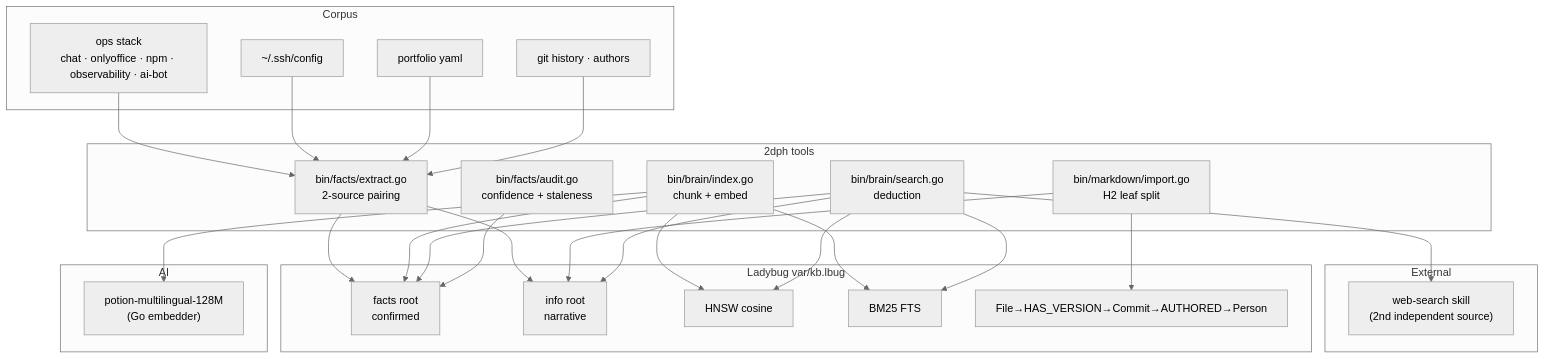
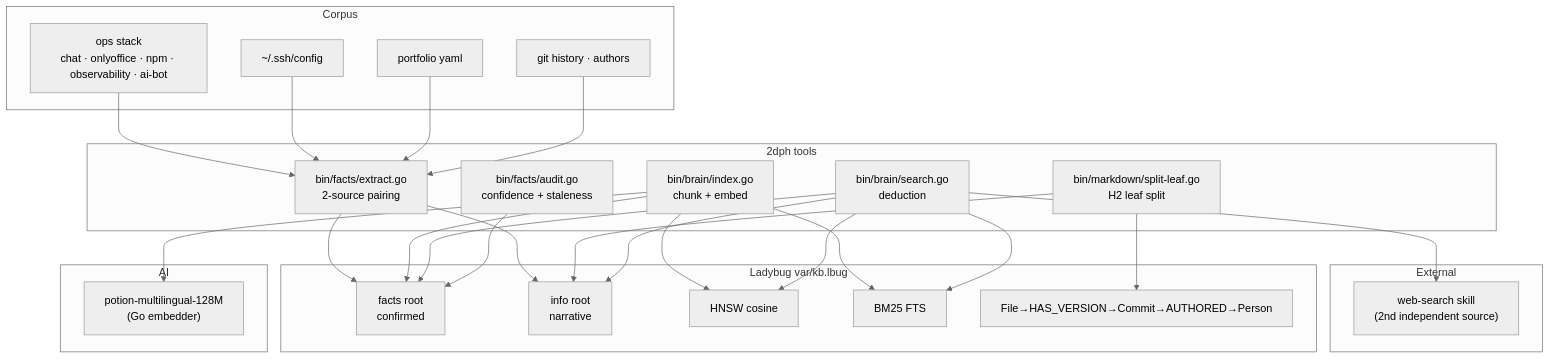
Before and after one commit to eSlider/2dph: the diagram in README.md, drawn with Mermaid (neutral theme). The commit also changed other lines of this file and 82 other files, not shown here.

````diff
--- a/README.md
+++ b/README.md
@@ -62,52 +62,52 @@
 ```mermaid
 graph TB
     subgraph corpus["Corpus"]
         OPS["ops stack<br/>chat · onlyoffice · npm · observability · ai-bot"]
         SSH["~/.ssh/config"]
         CV["portfolio yaml"]
         GH["git history · authors"]
     end
 
     subgraph dph["2dph tools"]
         EX["bin/facts/extract.go<br/>2-source pairing"]
         AU["bin/facts/audit.go<br/>confidence + staleness"]
         IDX["bin/brain/index.go<br/>chunk + embed"]
-        MD["bin/markdown/import.go<br/>H2 leaf split"]
+        MD["bin/markdown/split-leaf.go<br/>H2 leaf split"]
         SR["bin/brain/search.go<br/>deduction"]
     end
 
     subgraph store["Ladybug var/kb.lbug"]
         FACTS["facts root<br/>confirmed"]
         INFO["info root<br/>narrative"]
         VEC["HNSW cosine"]
         FTS["BM25 FTS"]
         GR["File→HAS_VERSION→Commit→AUTHORED→Person"]
     end
 
     subgraph ai["AI"]
         M2V["potion-multilingual-128M<br/>(Go embedder)"]
     end
 
     subgraph ext["External"]
         WS["web-search skill<br/>(2nd independent source)"]
     end
 
     OPS --> EX
     SSH --> EX
     CV --> EX
     GH --> EX
     EX --> FACTS
     EX --> INFO
     MD --> GR
     MD --> INFO
     IDX --> M2V
     IDX --> VEC
     IDX --> FTS
     IDX --> FACTS
     SR --> FACTS
     SR --> INFO
     SR --> VEC
     SR --> FTS
     SR --> WS
     AU --> FACTS
 ```
````
